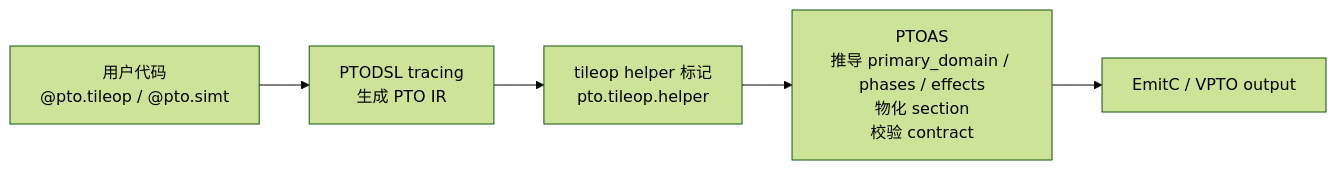
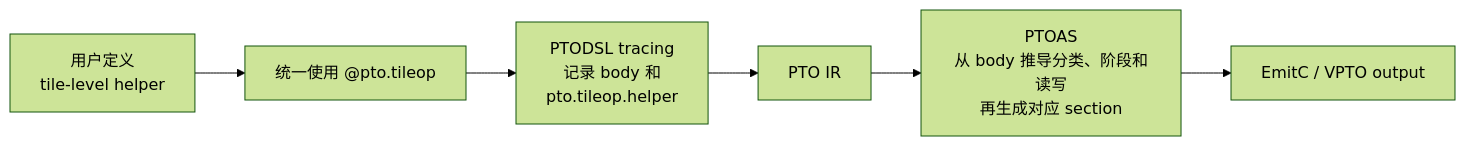
Before and after one commit to hw-native-sys/PTOAS: the second of 7 diagrams in docs/designs/ptodsl-tileop-redesign-explainer.md, drawn with Mermaid (forest theme). The commit also changed other lines of this file, not shown here.

Commit message:
docs: clarify tileop redesign flow

````diff
--- a/docs/designs/ptodsl-tileop-redesign-explainer.md
+++ b/docs/designs/ptodsl-tileop-redesign-explainer.md
@@ -153,10 +117,11 @@
 ```mermaid
 flowchart LR
-  User["用户代码<br/>@pto.tileop / @pto.simt"]
-  Trace["PTODSL tracing<br/>生成 PTO IR"]
-  Marker["tileop helper 标记<br/>pto.tileop.helper"]
-  PTOAS["PTOAS<br/>推导 primary_domain / phases / effects<br/>物化 section<br/>校验 contract"]
+  User["用户定义<br/>tile-level helper"]
+  Surface["统一使用 @pto.tileop"]
+  Trace["PTODSL tracing<br/>记录 body 和<br/>pto.tileop.helper"]
+  IR["PTO IR"]
+  PTOAS["PTOAS<br/>从 body 推导分类、阶段和读写<br/>再生成对应 section"]
   Output["EmitC / VPTO output"]
 
-  User --> Trace --> Marker --> PTOAS --> Output
+  User --> Surface --> Trace --> IR --> PTOAS --> Output
 ```
````
